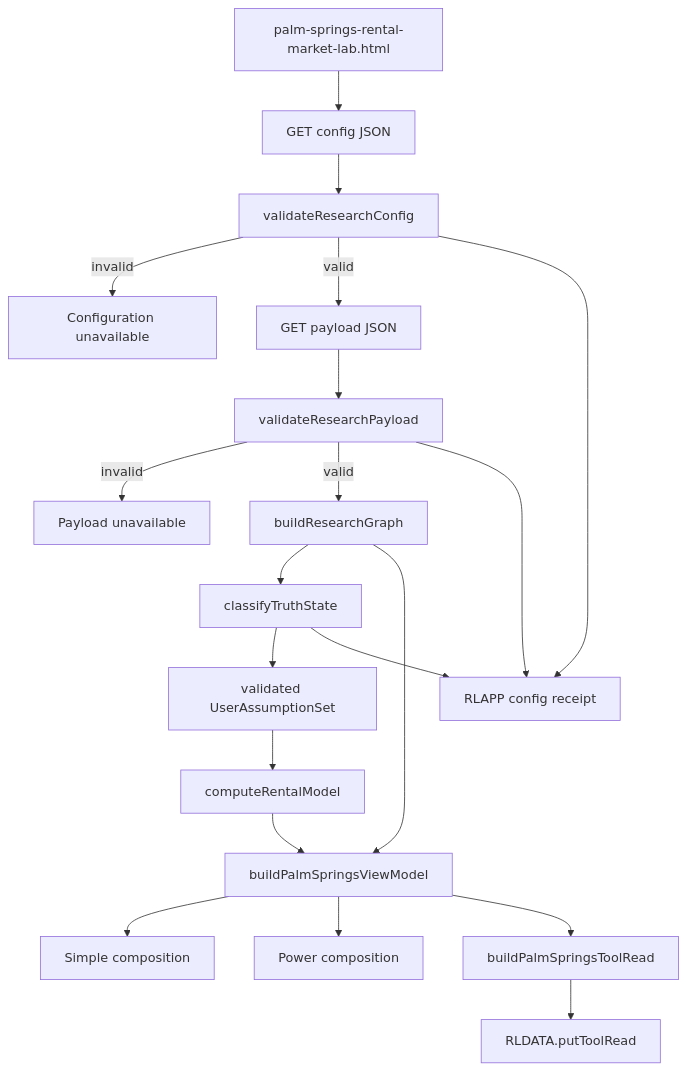
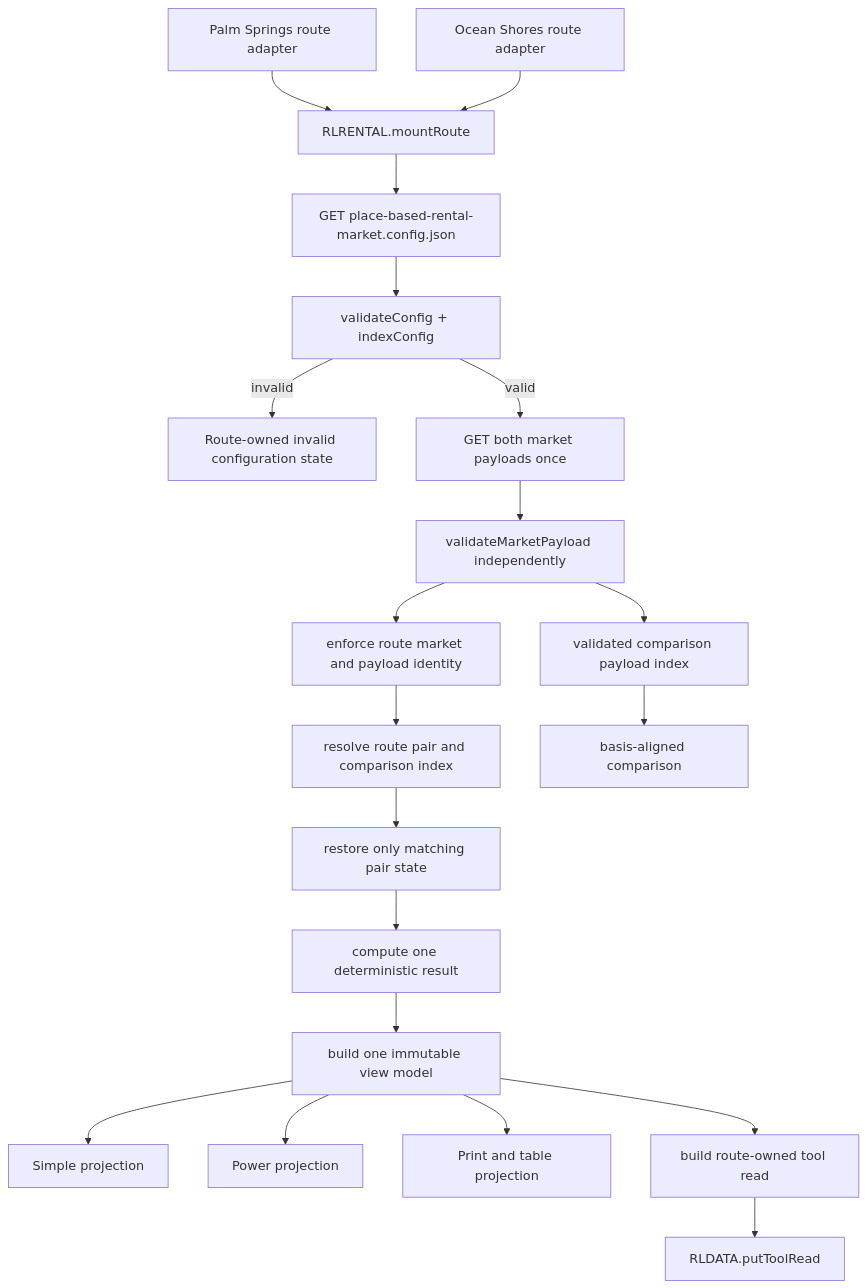
Before and after one commit to pkirsanov/research-lab: the diagram in specs/005-palm-springs-rental-market-lab/design.md, drawn with Mermaid. The commit also changed other lines of this file and 7 other files, not shown here.

First line of the commit message:
spec(005): land Place-Based Rental Market Research artifacts

````diff
--- a/specs/005-palm-springs-rental-market-lab/design.md
+++ b/specs/005-palm-springs-rental-market-lab/design.md
@@ -84,22 +96,22 @@
 ```mermaid
 flowchart TD
-    H[palm-springs-rental-market-lab.html] --> CF[GET config JSON]
-    CF --> CV[validateResearchConfig]
-    CV -->|invalid| CU[Configuration unavailable]
-    CV -->|valid| PF[GET payload JSON]
-    PF --> PV[validateResearchPayload]
-    PV -->|invalid| PU[Payload unavailable]
-    PV -->|valid| G[buildResearchGraph]
-    G --> TS[classifyTruthState]
-    TS --> A[validated UserAssumptionSet]
-    A --> M[computeRentalModel]
-    G --> VM[buildPalmSpringsViewModel]
-    M --> VM
-    VM --> S[Simple composition]
-    VM --> P[Power composition]
-    VM --> R[buildPalmSpringsToolRead]
-    R --> D[RLDATA.putToolRead]
-    CV --> Q[RLAPP config receipt]
-    PV --> Q
-    TS --> Q
+    PS[Palm Springs route adapter] --> MOUNT[RLRENTAL.mountRoute]
+    OS[Ocean Shores route adapter] --> MOUNT
+    MOUNT --> CFG[GET place-based-rental-market.config.json]
+    CFG --> CVAL[validateConfig + indexConfig]
+    CVAL -->|invalid| CFAIL[Route-owned invalid configuration state]
+    CVAL -->|valid| LOAD[GET both market payloads once]
+    LOAD --> PVAL[validateMarketPayload independently]
+    PVAL --> RID[enforce route market and payload identity]
+    RID --> SELECT[resolve route pair and comparison index]
+    SELECT --> STATE[restore only matching pair state]
+    STATE --> RESULT[compute one deterministic result]
+    RESULT --> VM[build one immutable view model]
+    VM --> SIMPLE[Simple projection]
+    VM --> POWER[Power projection]
+    VM --> PRINT[Print and table projection]
+    VM --> READ[build route-owned tool read]
+    READ --> RLDATA[RLDATA.putToolRead]
+    PVAL --> COMP[validated comparison payload index]
+    COMP --> BASIS[basis-aligned comparison]
 ```
````
